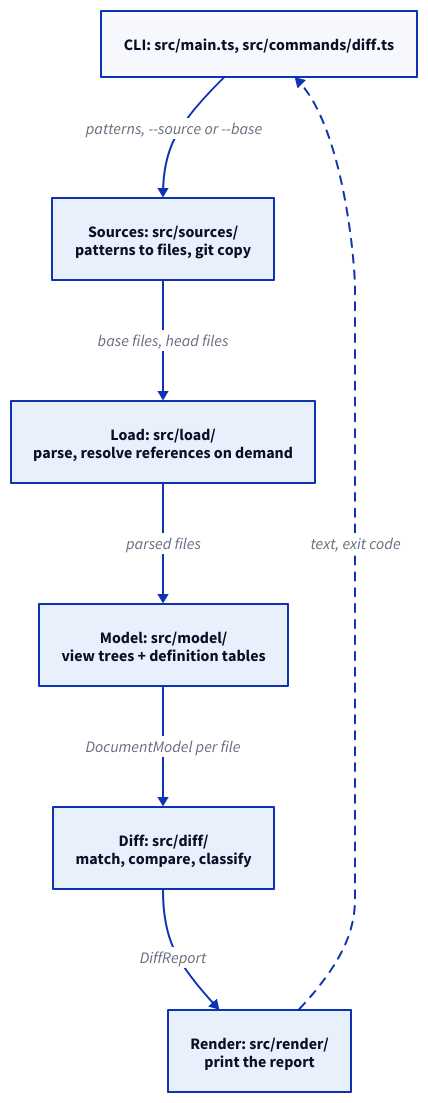
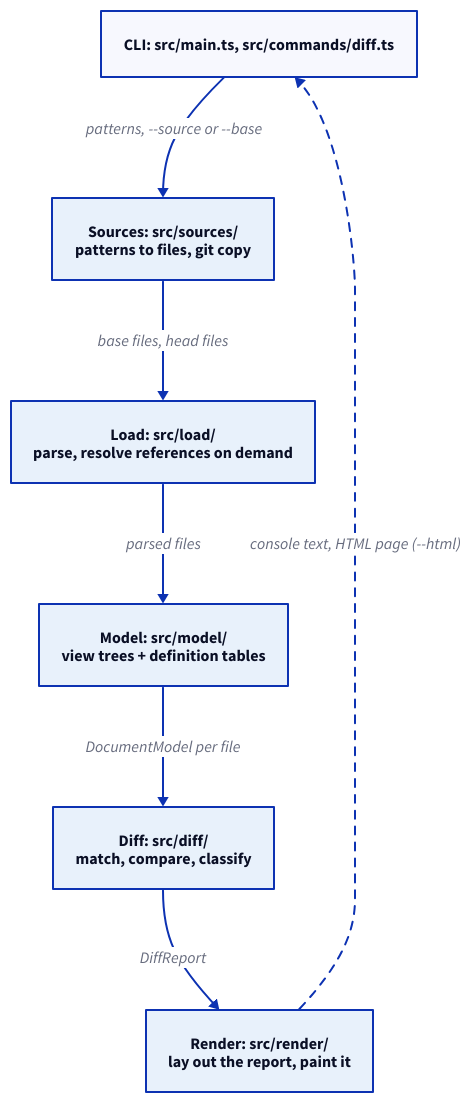
The diagram in docs/dev-guide/diagrams/pipeline.d2 (bcoughlan/locus), drawn with D2 before and after one commit. The commit also changed 172 other files, not shown here.

```diff
--- a/docs/dev-guide/diagrams/pipeline.d2
+++ b/docs/dev-guide/diagrams/pipeline.d2
@@ -1,15 +1,15 @@
 direction: down
 
 cli: "CLI: src/main.ts, src/commands/diff.ts"
 sources: "Sources: src/sources/\npatterns to files, git copy" {style.fill: "#e8f1fb"}
 load: "Load: src/load/\nparse, resolve references on demand" {style.fill: "#e8f1fb"}
 model: "Model: src/model/\nview trees + definition tables" {style.fill: "#e8f1fb"}
 diff: "Diff: src/diff/\nmatch, compare, classify" {style.fill: "#e8f1fb"}
-render: "Render: src/render/\nprint the report" {style.fill: "#e8f1fb"}
+render: "Render: src/render/\nlay out the report, paint it" {style.fill: "#e8f1fb"}
 
 cli -> sources: "patterns, --source or --base"
 sources -> load: "base files, head files"
 load -> model: "parsed files"
 model -> diff: "DocumentModel per file"
 diff -> render: "DiffReport"
-render -> cli: "text, exit code" {style.stroke-dash: 4}
+render -> cli: "console text, HTML page (--html)" {style.stroke-dash: 4}
```
